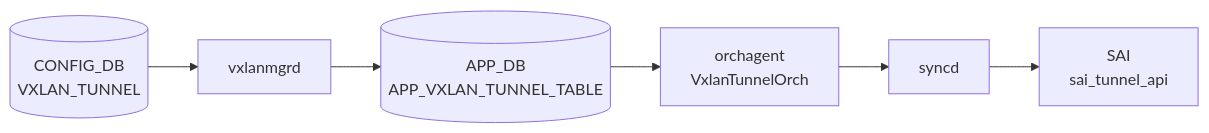
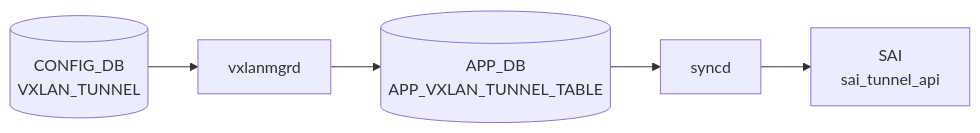
One commit to aoki-taquan/sonic-unofficial-docs changed the diagram in docs/reference/config-db/vxlan-tunnel.md. Above: the diagram before and after it, drawn with Mermaid. The commit also changed 6 other files, not shown here.

Commit message:
chore(config-db): regenerate mermaid blocks after merge

````diff
--- a/docs/reference/config-db/vxlan-tunnel.md
+++ b/docs/reference/config-db/vxlan-tunnel.md
@@ -32,14 +32,12 @@
 ```mermaid
 flowchart LR
   CDB[("CONFIG_DB<br/>VXLAN_TUNNEL")]
   DM["vxlanmgrd"]
   CDB --> DM
   APPDB[("APP_DB<br/>APP_VXLAN_TUNNEL_TABLE")]
   DM --> APPDB
-  ORCH["orchagent<br/>VxlanTunnelOrch"]
-  APPDB --> ORCH
   SYNCD["syncd"]
-  ORCH --> SYNCD
+  APPDB --> SYNCD
   SAI["SAI<br/>sai_tunnel_api"]
   SYNCD --> SAI
 ```
````
